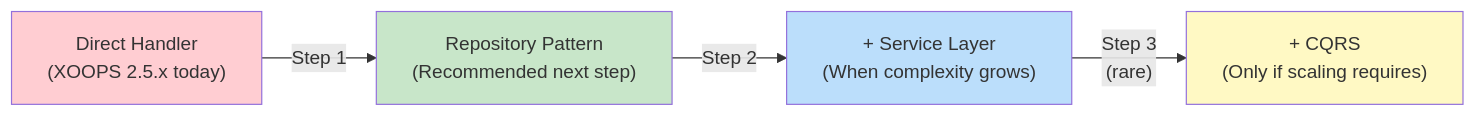
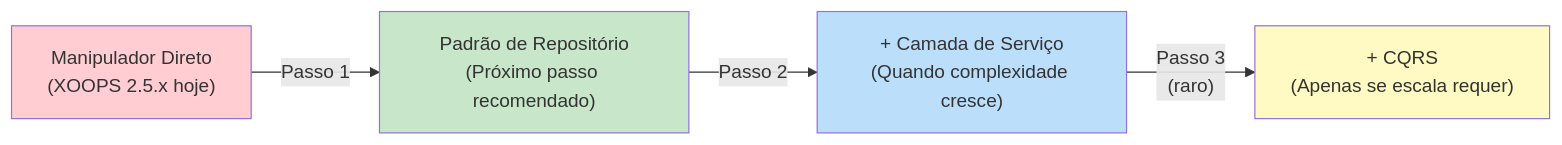
Before and after one commit to mambax7/xoops-docs: the second of 2 diagrams in apps/docs-27/src/content/docs/pt/module-guide/data-access-patterns.md, drawn with Mermaid. The commit also changed other lines of this file and 162 other files, not shown here.

````diff
--- a/apps/docs-27/src/content/docs/pt/module-guide/data-access-patterns.md
+++ b/apps/docs-27/src/content/docs/pt/module-guide/data-access-patterns.md
@@ -185,16 +185,16 @@
 ```mermaid
 flowchart LR
-    H0["Direct Handler<br/>(XOOPS 2.5.x today)"]
-    R["Repository Pattern<br/>(Recommended next step)"]
-    S["+ Service Layer<br/>(When complexity grows)"]
-    C["+ CQRS<br/>(Only if scaling requires)"]
+    H0["Manipulador Direto<br/>(XOOPS 2.5.x hoje)"]
+    R["Padrão de Repositório<br/>(Próximo passo recomendado)"]
+    S["+ Camada de Serviço<br/>(Quando complexidade cresce)"]
+    C["+ CQRS<br/>(Apenas se escala requer)"]
 
-    H0 -->|"Step 1"| R
-    R -->|"Step 2"| S
-    S -->|"Step 3<br/>(rare)"| C
+    H0 -->|"Passo 1"| R
+    R -->|"Passo 2"| S
+    S -->|"Passo 3<br/>(raro)"| C
 
     style H0 fill:#ffcdd2
     style R fill:#c8e6c9
     style S fill:#bbdefb
     style C fill:#fff9c4
 ```
````
